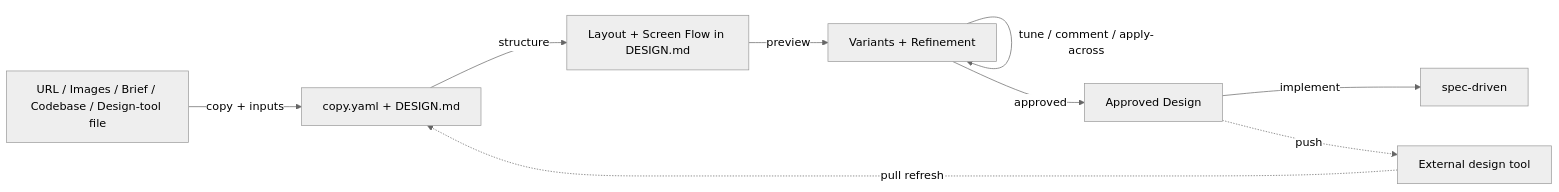
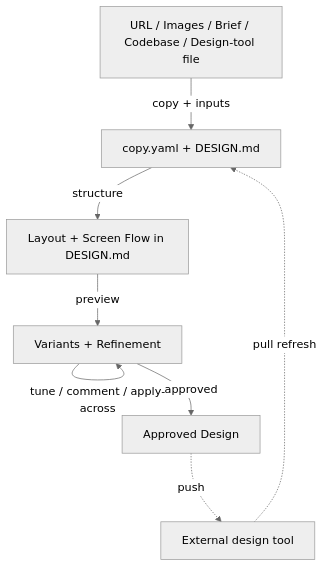
The diagram in skills/product/design-builder/README.md (adeonir/agent-skills), drawn with Mermaid (neutral theme) before and after one commit. The commit also changed other lines of this file and 11 other files, not shown here.

````diff
--- a/skills/product/design-builder/README.md
+++ b/skills/product/design-builder/README.md
@@ -13,11 +7,10 @@
 ```mermaid
-flowchart LR
+flowchart TD
     A[URL / Images / Brief / Codebase / Design-tool file] -->|copy + inputs| B[copy.yaml + DESIGN.md]
     B -->|structure| C[Layout + Screen Flow in DESIGN.md]
     C -->|preview| D[Variants + Refinement]
     D -->|tune / comment / apply-across| D
     D -->|approved| E[Approved Design]
-    E -->|implement| F[spec-driven]
     E -.->|push| G[External design tool]
     G -.->|pull refresh| B
 ```
````
